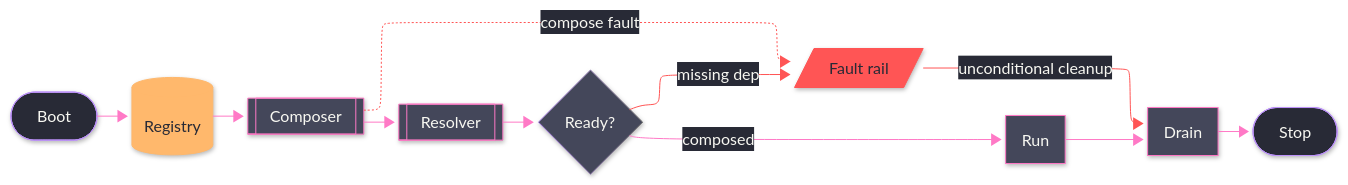
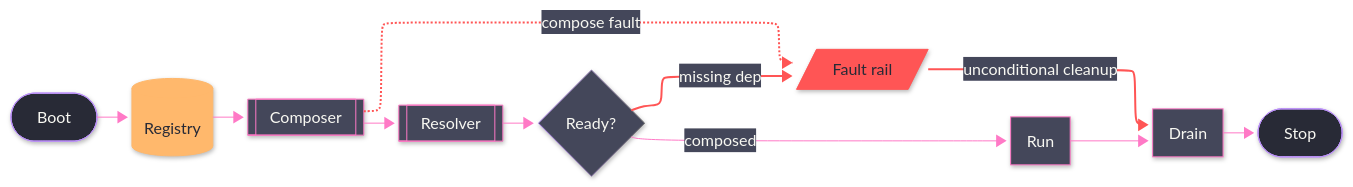
One commit to bsamiee/Rasm changed the diagram in .claude/skills/mermaid-diagramming/templates/spine.mmd.md. Above: the diagram before and after it, drawn with Mermaid. The commit also changed other lines of this file and 51 other files, not shown here.

````diff
--- a/.claude/skills/mermaid-diagramming/templates/spine.mmd.md
+++ b/.claude/skills/mermaid-diagramming/templates/spine.mmd.md
@@ -5,40 +5,43 @@
 ```mermaid
 ---
 config:
   layout: elk
   look: neo
   theme: base
+  flowchart:
+    padding: 16
+  themeCSS: ".nodeLabel{font-size:14px;font-weight:500}.edgeLabel{font-size:12.5px;font-weight:500}.edgePaths path{stroke-width:1.5px}"
   themeVariables:
     darkMode: true
     background: "#282A36"
     primaryColor: "#44475A"
     primaryTextColor: "#F8F8F2"
     primaryBorderColor: "#BD93F9"
     lineColor: "#FF79C6"
     textColor: "#F8F8F2"
-    edgeLabelBackground: "#282A36"
-    fontFamily: "monospace"
+    edgeLabelBackground: "#44475A"
+    fontFamily: "SF Mono, Menlo, Cascadia Mono, Segoe UI Mono, Consolas, monospace"
 ---
 flowchart LR
     accTitle: Owner-set spine
     accDescr: The once-walked main path from boot through compose, readiness gate, run, and drain, with every stage fault converging on one red rail that rejoins drain.
     Boot([Boot]) --> Registry[(Registry)]
     Registry --> Composer[[Composer]]
     Composer --> Resolver[[Resolver]]
     Resolver --> Ready{Ready?}
     Ready -->|composed| Run[Run]
     Ready -->|missing dep| Fault[/Fault rail/]
     Composer -.->|compose fault| Fault
     Run --> Drain[Drain]
     Fault -->|unconditional cleanup| Drain
     Drain --> Stop([Stop])
-    linkStyle 5,6,8 stroke:#FF5555
+    linkStyle 5,6,8 stroke:#FF5555,stroke-width:2px,color:#F8F8F2
     classDef boundary fill:#282A36,stroke:#BD93F9,color:#F8F8F2
     classDef error fill:#FF5555,stroke:#FF5555,color:#282A36
     classDef primary fill:#44475A,stroke:#FF79C6,color:#F8F8F2
     classDef data fill:#FFB86C,stroke:#FFB86C,color:#282A36
     class Boot,Stop boundary
     class Fault error
     class Composer,Resolver,Run,Drain primary
     class Registry data
 ```
````
